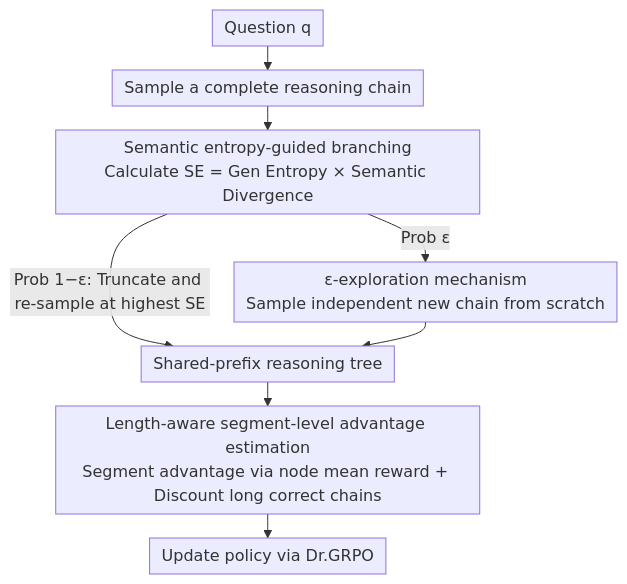
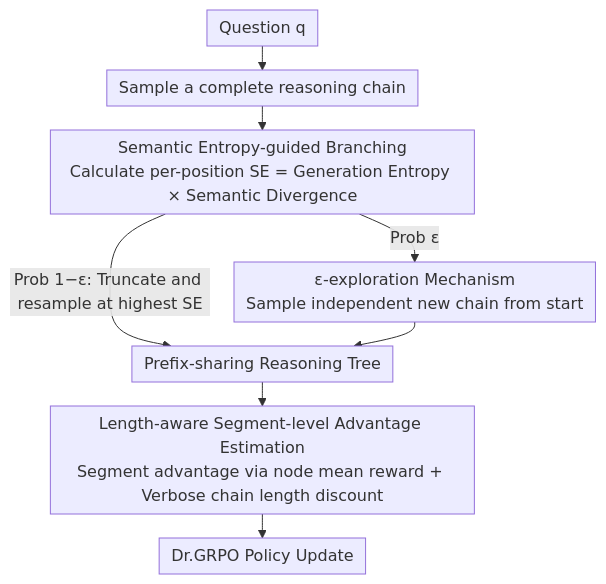
Before and after one commit to zhaoyang97/Paper-Notes-en: the diagram in docs/ACL2026/llm_reasoning/reinforced_efficient_reasoning_via_semantically_diverse_exploration.md, drawn with Mermaid. The commit also changed other lines of this file and 5084 other files, not shown here.

````diff
--- a/docs/ACL2026/llm_reasoning/reinforced_efficient_reasoning_via_semantically_diverse_exploration.md
+++ b/docs/ACL2026/llm_reasoning/reinforced_efficient_reasoning_via_semantically_diverse_exploration.md
@@ -46,11 +46,11 @@
 ```mermaid
 %%{init: {'flowchart': {'rankSpacing': 24, 'nodeSpacing': 28, 'padding': 6, 'wrappingWidth': 400}}}%%
 flowchart TD
     A["Question q"] --> B["Sample a complete reasoning chain"]
-    B --> C["Semantic entropy-guided branching<br/>Calculate SE = Gen Entropy × Semantic Divergence"]
-    C -->|"Prob 1−ε: Truncate and re-sample at highest SE"| E["Shared-prefix reasoning tree"]
-    C -->|"Prob ε"| D["ε-exploration mechanism<br/>Sample independent new chain from scratch"]
+    B --> C["Semantic Entropy-guided Branching<br/>Calculate per-position SE = Generation Entropy × Semantic Divergence"]
+    C -->|"Prob 1−ε: Truncate and resample at highest SE"| E["Prefix-sharing Reasoning Tree"]
+    C -->|"Prob ε"| D["ε-exploration Mechanism<br/>Sample independent new chain from start"]
     D --> E
-    E --> F["Length-aware segment-level advantage estimation<br/>Segment advantage via node mean reward + Discount long correct chains"]
-    F --> G["Update policy via Dr.GRPO"]
+    E --> F["Length-aware Segment-level Advantage Estimation<br/>Segment advantage via node mean reward + Verbose chain length discount"]
+    F --> G["Dr.GRPO Policy Update"]
 ```
````
